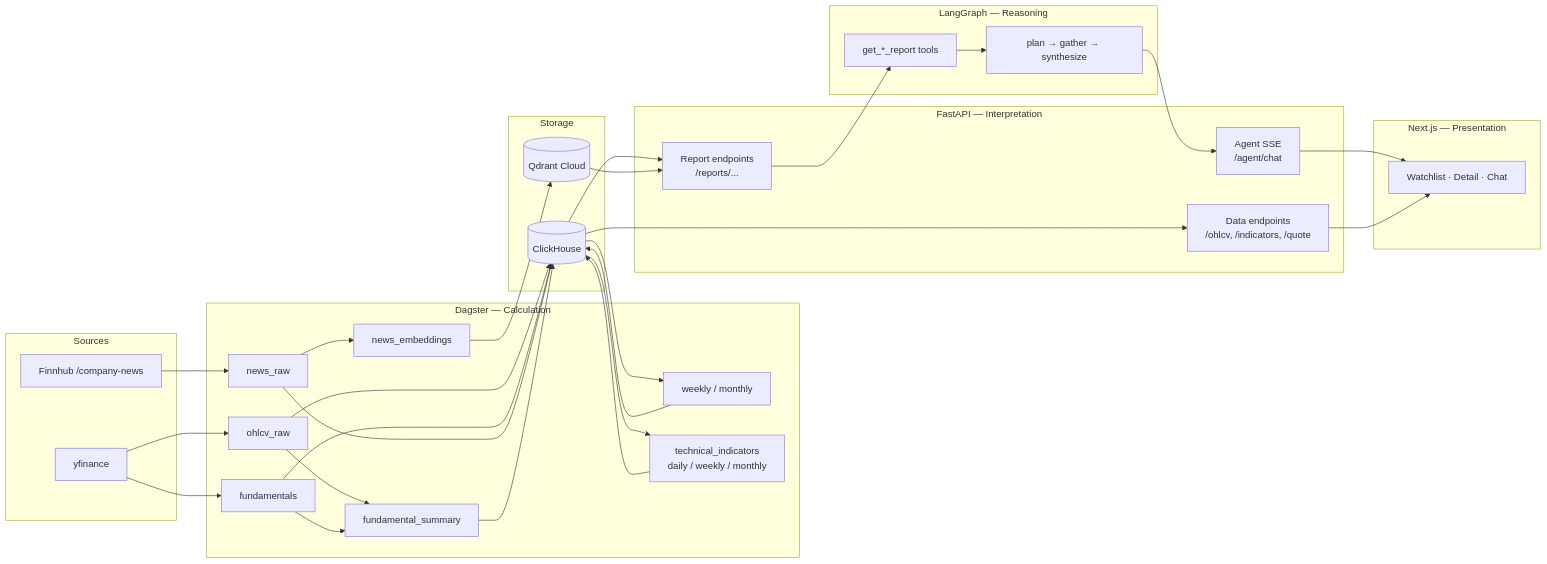
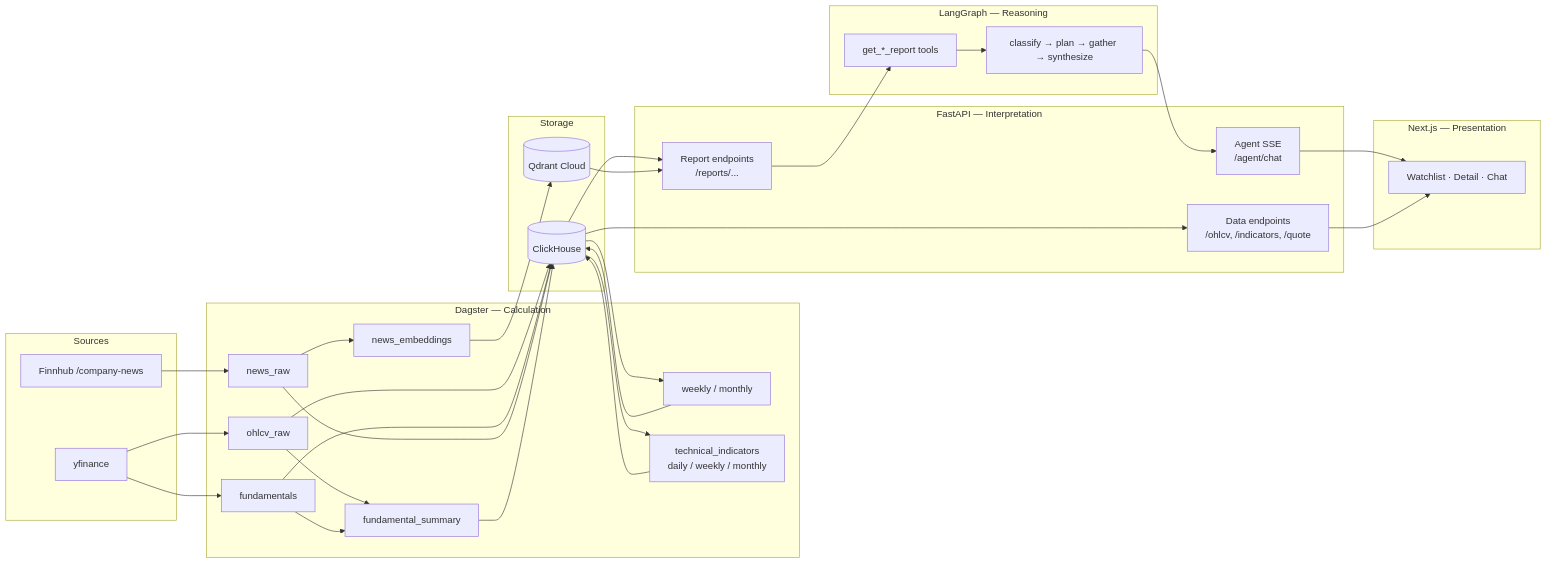
Before and after one commit to noahwins-ng/equity-data-agent: the diagram in README.md, drawn with Mermaid. The commit also changed other lines of this file, not shown here.

First line of the commit message:
docs: README — frame agent as 4-node intent-routed LangGraph (#263)

````diff
--- a/README.md
+++ b/README.md
@@ -86,53 +86,53 @@
 ```mermaid
 graph LR
     subgraph Sources
         YF[yfinance]
         NEWS[Finnhub /company-news]
     end
 
     subgraph "Dagster — Calculation"
         OHLCV[ohlcv_raw]
         FUND[fundamentals]
         AGG[weekly / monthly]
         TECH[technical_indicators<br/>daily / weekly / monthly]
         FSUM[fundamental_summary]
         NRAW[news_raw]
         EMB[news_embeddings]
     end
 
     subgraph Storage
         CH[(ClickHouse)]
         QD[(Qdrant Cloud)]
     end
 
     subgraph "FastAPI — Interpretation"
         REP[Report endpoints<br/>/reports/...]
         DAT[Data endpoints<br/>/ohlcv, /indicators, /quote]
         SSE[Agent SSE<br/>/agent/chat]
     end
 
     subgraph "LangGraph — Reasoning"
-        AGENT[plan → gather → synthesize]
+        AGENT[classify → plan → gather → synthesize]
         TOOLS[get_*_report tools]
     end
 
     subgraph "Next.js — Presentation"
         FE[Watchlist · Detail · Chat]
     end
 
     YF --> OHLCV --> CH
     YF --> FUND --> CH
     NEWS --> NRAW --> CH
     NRAW --> EMB --> QD
     CH --> AGG --> CH
     CH --> TECH --> CH
     OHLCV --> FSUM
     FUND --> FSUM
     FSUM --> CH
     CH --> REP
     CH --> DAT
     QD --> REP
     REP --> TOOLS --> AGENT
     AGENT --> SSE --> FE
     DAT --> FE
 ```
````
